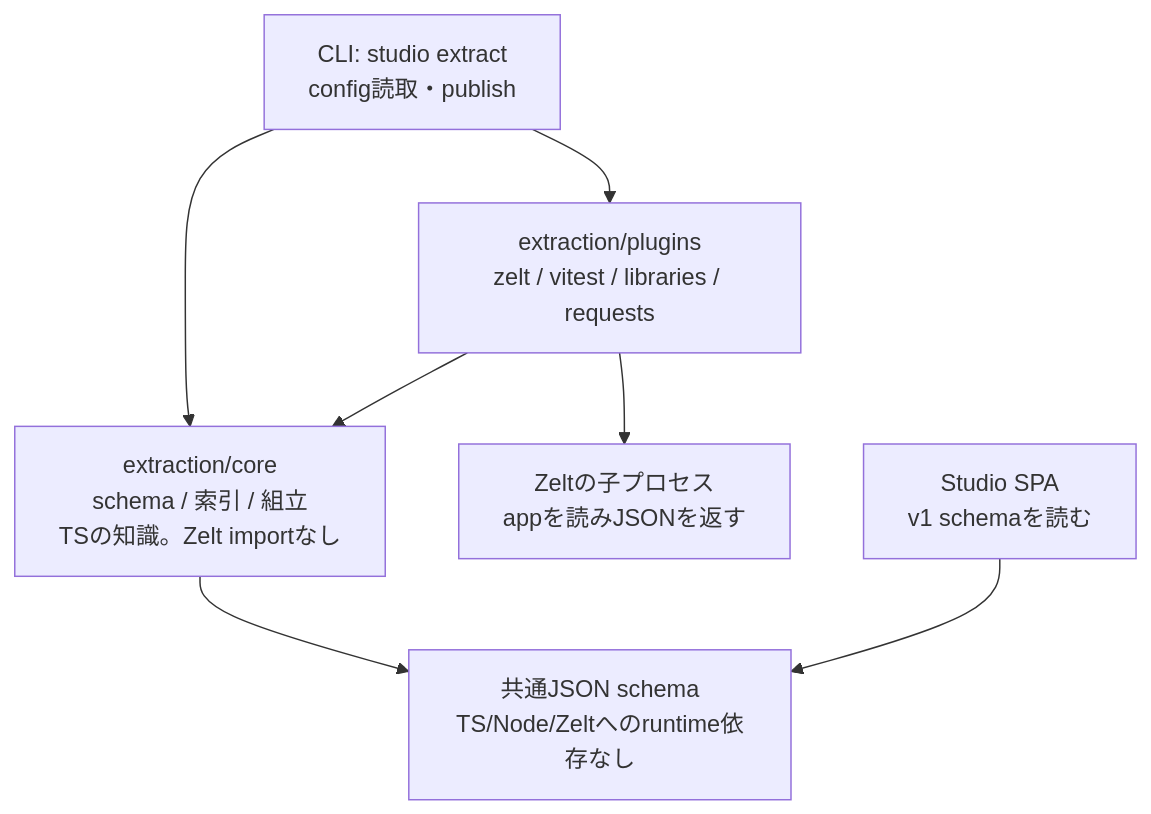
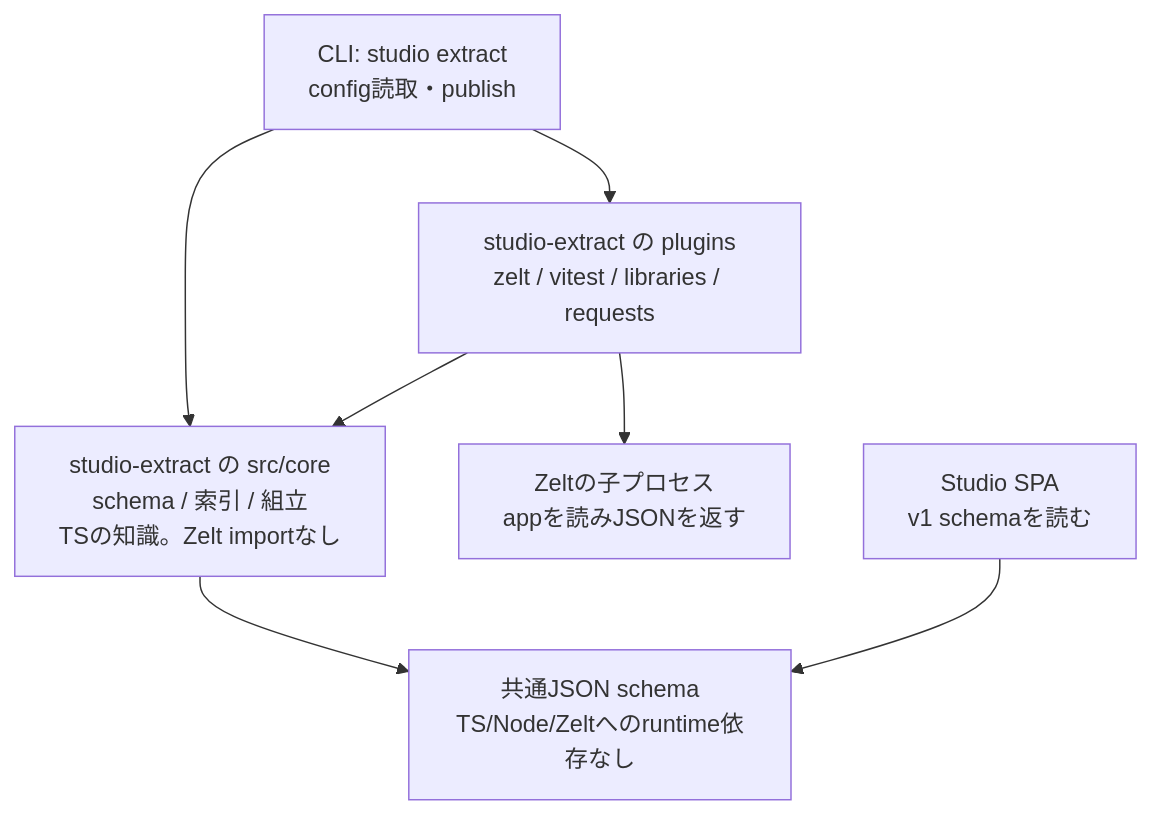
One commit to zeltjs/zelt changed diagram 11 of 11 in mocks/studio-spatial/generic-extraction-design.md. Above: the diagram before and after it, drawn with Mermaid. The commit also changed other lines of this file and 80 other files, not shown here.

First line of the commit message:
refactor(studio): move snapshot extraction into a private studio-extract workspace

```diff
--- a/mocks/studio-spatial/generic-extraction-design.md
+++ b/mocks/studio-spatial/generic-extraction-design.md
@@ -1213,9 +1213,9 @@
 ~~~mermaid
 flowchart TB
-  CLI["CLI: studio extract<br/>config読取・publish"] --> CORE["extraction/core<br/>schema / 索引 / 組立<br/>TSの知識。Zelt importなし"]
-  CLI --> PLUGINS["extraction/plugins<br/>zelt / vitest / libraries / requests"]
+  CLI["CLI: studio extract<br/>config読取・publish"] --> CORE["studio-extract の src/core<br/>schema / 索引 / 組立<br/>TSの知識。Zelt importなし"]
+  CLI --> PLUGINS["studio-extract の plugins<br/>zelt / vitest / libraries / requests"]
   PLUGINS --> CORE
   PLUGINS --> CHILD["Zeltの子プロセス<br/>appを読みJSONを返す"]
   UI["Studio SPA<br/>v1 schemaを読む"] --> SCHEMA["共通JSON schema<br/>TS/Node/Zeltへのruntime依存なし"]
   CORE --> SCHEMA
 ~~~
```
